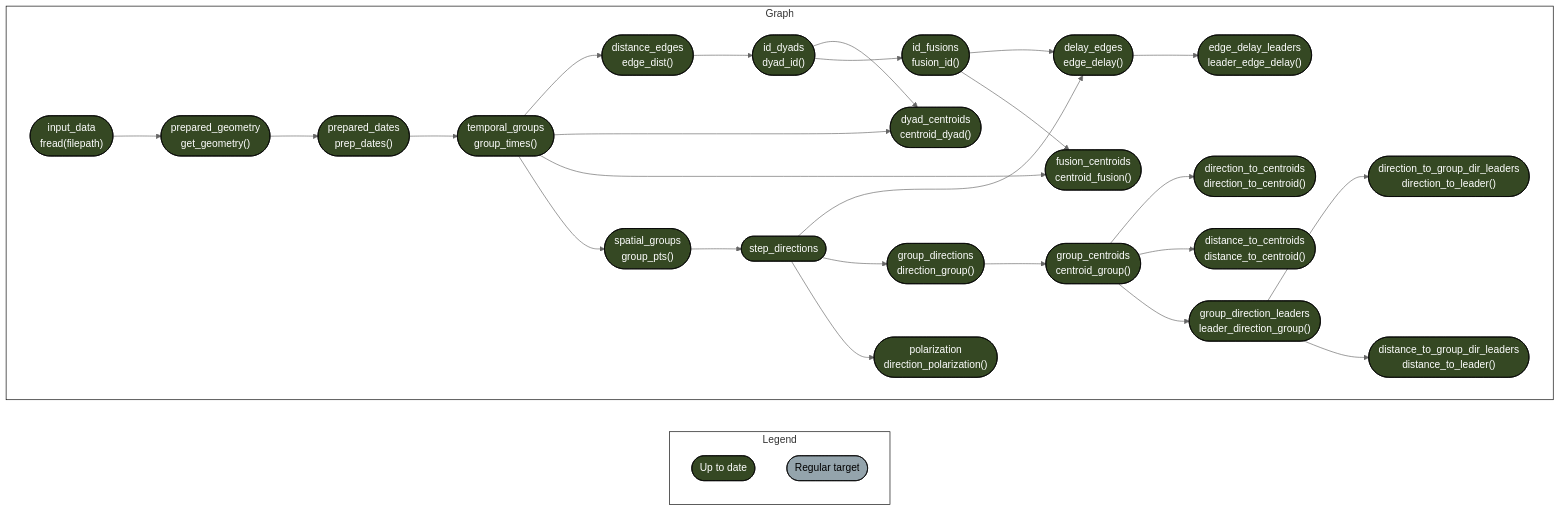
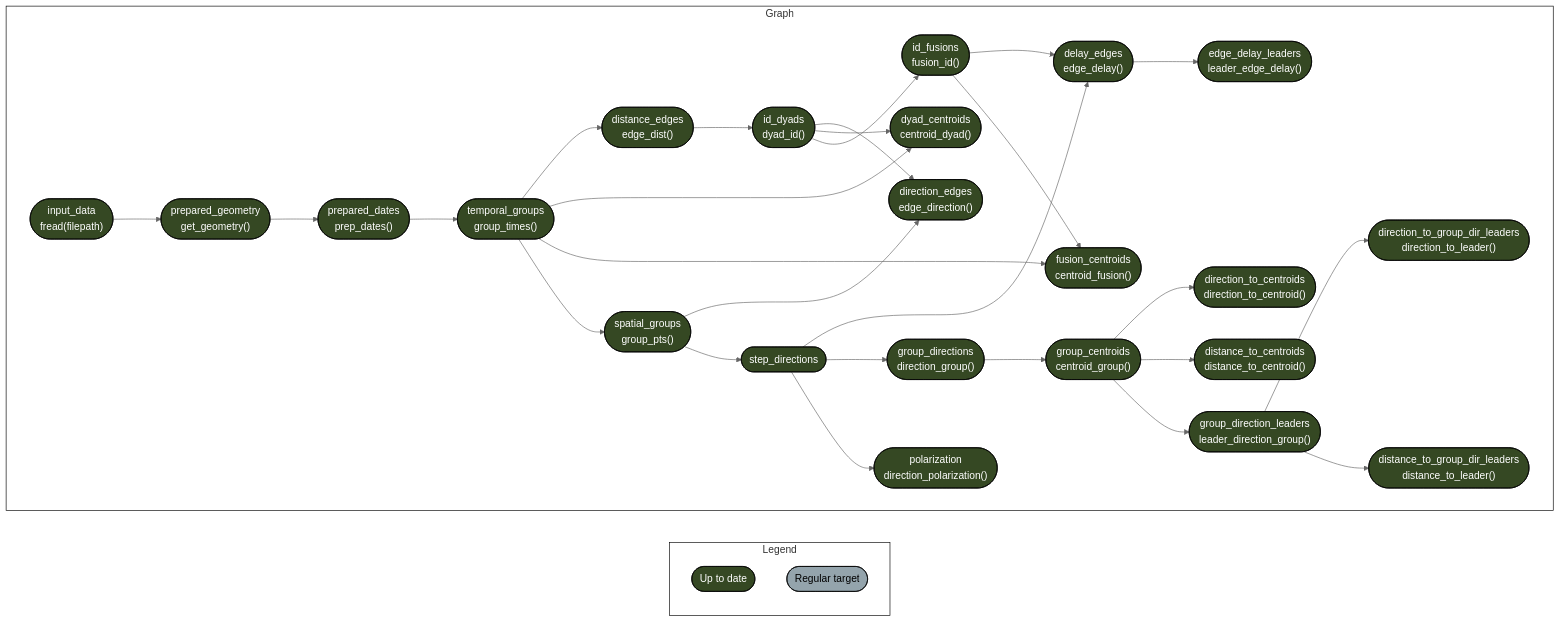
Before and after one commit to robitalec/targets-spatsoc-intragroup-dynamics: the diagram in README.md, drawn with Mermaid (neutral theme).

````diff
--- a/README.md
+++ b/README.md
@@ -10,38 +10,40 @@
 ``` mermaid
 graph LR
   style Legend fill:#FFFFFF00,stroke:#000000;
   style Graph fill:#FFFFFF00,stroke:#000000;
   subgraph Legend
     xf1522833a4d242c5(["Up to date"]):::uptodate
     xd03d7c7dd2ddda2b(["Regular target"]):::none
   end
   subgraph Graph
     direction LR
+    x346d09d418e9b158(["step_directions"]):::uptodate --> x3beb570a7cf0e1dc(["delay_edges<br>edge_delay()"]):::uptodate
     x11880ed5069abb8c(["id_fusions<br>fusion_id()"]):::uptodate --> x3beb570a7cf0e1dc(["delay_edges<br>edge_delay()"]):::uptodate
-    x346d09d418e9b158(["step_directions"]):::uptodate --> x3beb570a7cf0e1dc(["delay_edges<br>edge_delay()"]):::uptodate
+    xd1855d56aaab0158(["id_dyads<br>dyad_id()"]):::uptodate --> xd135d6fa41781589(["direction_edges<br>edge_direction()"]):::uptodate
+    x788f41fdc4e37558(["spatial_groups<br>group_pts()"]):::uptodate --> xd135d6fa41781589(["direction_edges<br>edge_direction()"]):::uptodate
     x6ba603f6e8293383(["group_centroids<br>centroid_group()"]):::uptodate --> x680328a354ce8bff(["direction_to_centroids<br>direction_to_centroid()"]):::uptodate
     xb817b55e688fdfc3(["group_direction_leaders<br>leader_direction_group()"]):::uptodate --> x82786d09c0fcc8be(["direction_to_group_dir_leaders<br>direction_to_leader()"]):::uptodate
     x1faf6e798011c143(["temporal_groups<br>group_times()"]):::uptodate --> x365b64b036e1db58(["distance_edges<br>edge_dist()"]):::uptodate
     x6ba603f6e8293383(["group_centroids<br>centroid_group()"]):::uptodate --> x24bed789ce236423(["distance_to_centroids<br>distance_to_centroid()"]):::uptodate
     xb817b55e688fdfc3(["group_direction_leaders<br>leader_direction_group()"]):::uptodate --> xa036b69b269981da(["distance_to_group_dir_leaders<br>distance_to_leader()"]):::uptodate
     xd1855d56aaab0158(["id_dyads<br>dyad_id()"]):::uptodate --> x884798be03ef20d0(["dyad_centroids<br>centroid_dyad()"]):::uptodate
     x1faf6e798011c143(["temporal_groups<br>group_times()"]):::uptodate --> x884798be03ef20d0(["dyad_centroids<br>centroid_dyad()"]):::uptodate
     x3beb570a7cf0e1dc(["delay_edges<br>edge_delay()"]):::uptodate --> x994414e4774e3751(["edge_delay_leaders<br>leader_edge_delay()"]):::uptodate
+    x11880ed5069abb8c(["id_fusions<br>fusion_id()"]):::uptodate --> x25d985acde8f25cc(["fusion_centroids<br>centroid_fusion()"]):::uptodate
     x1faf6e798011c143(["temporal_groups<br>group_times()"]):::uptodate --> x25d985acde8f25cc(["fusion_centroids<br>centroid_fusion()"]):::uptodate
-    x11880ed5069abb8c(["id_fusions<br>fusion_id()"]):::uptodate --> x25d985acde8f25cc(["fusion_centroids<br>centroid_fusion()"]):::uptodate
     x1073df0072bfb123(["group_directions<br>direction_group()"]):::uptodate --> x6ba603f6e8293383(["group_centroids<br>centroid_group()"]):::uptodate
     x6ba603f6e8293383(["group_centroids<br>centroid_group()"]):::uptodate --> xb817b55e688fdfc3(["group_direction_leaders<br>leader_direction_group()"]):::uptodate
     x346d09d418e9b158(["step_directions"]):::uptodate --> x1073df0072bfb123(["group_directions<br>direction_group()"]):::uptodate
     x365b64b036e1db58(["distance_edges<br>edge_dist()"]):::uptodate --> xd1855d56aaab0158(["id_dyads<br>dyad_id()"]):::uptodate
     xd1855d56aaab0158(["id_dyads<br>dyad_id()"]):::uptodate --> x11880ed5069abb8c(["id_fusions<br>fusion_id()"]):::uptodate
     x346d09d418e9b158(["step_directions"]):::uptodate --> x834929c790cf2d7b(["polarization<br>direction_polarization()"]):::uptodate
     x93f130c6adab4dbb(["prepared_geometry<br>get_geometry()"]):::uptodate --> x74f74fb4673261e6(["prepared_dates<br>prep_dates()"]):::uptodate
     x769da6568e9cd872(["input_data<br>fread(filepath)"]):::uptodate --> x93f130c6adab4dbb(["prepared_geometry<br>get_geometry()"]):::uptodate
     x1faf6e798011c143(["temporal_groups<br>group_times()"]):::uptodate --> x788f41fdc4e37558(["spatial_groups<br>group_pts()"]):::uptodate
     x788f41fdc4e37558(["spatial_groups<br>group_pts()"]):::uptodate --> x346d09d418e9b158(["step_directions"]):::uptodate
     x74f74fb4673261e6(["prepared_dates<br>prep_dates()"]):::uptodate --> x1faf6e798011c143(["temporal_groups<br>group_times()"]):::uptodate
     
   end
   classDef uptodate stroke:#000000,color:#ffffff,fill:#354823;
   classDef none stroke:#000000,color:#000000,fill:#94a4ac;
 ```
````
